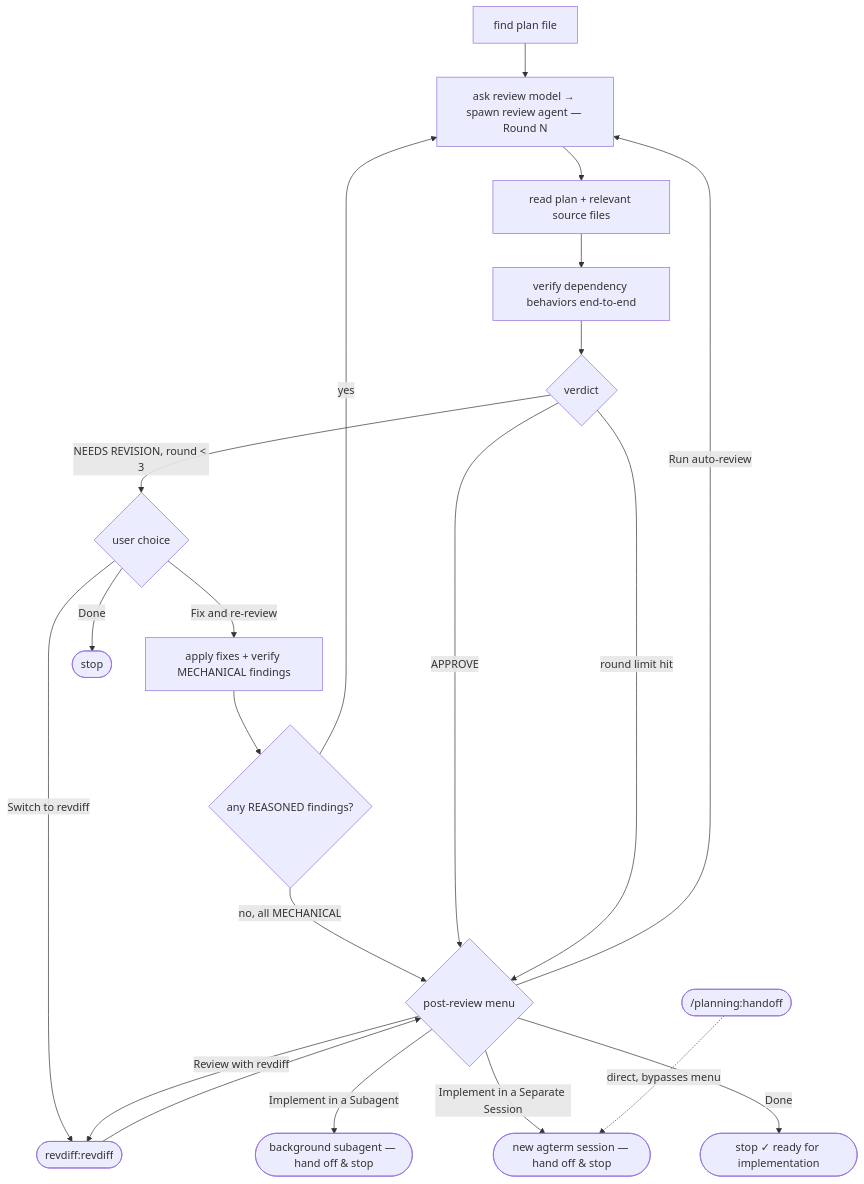
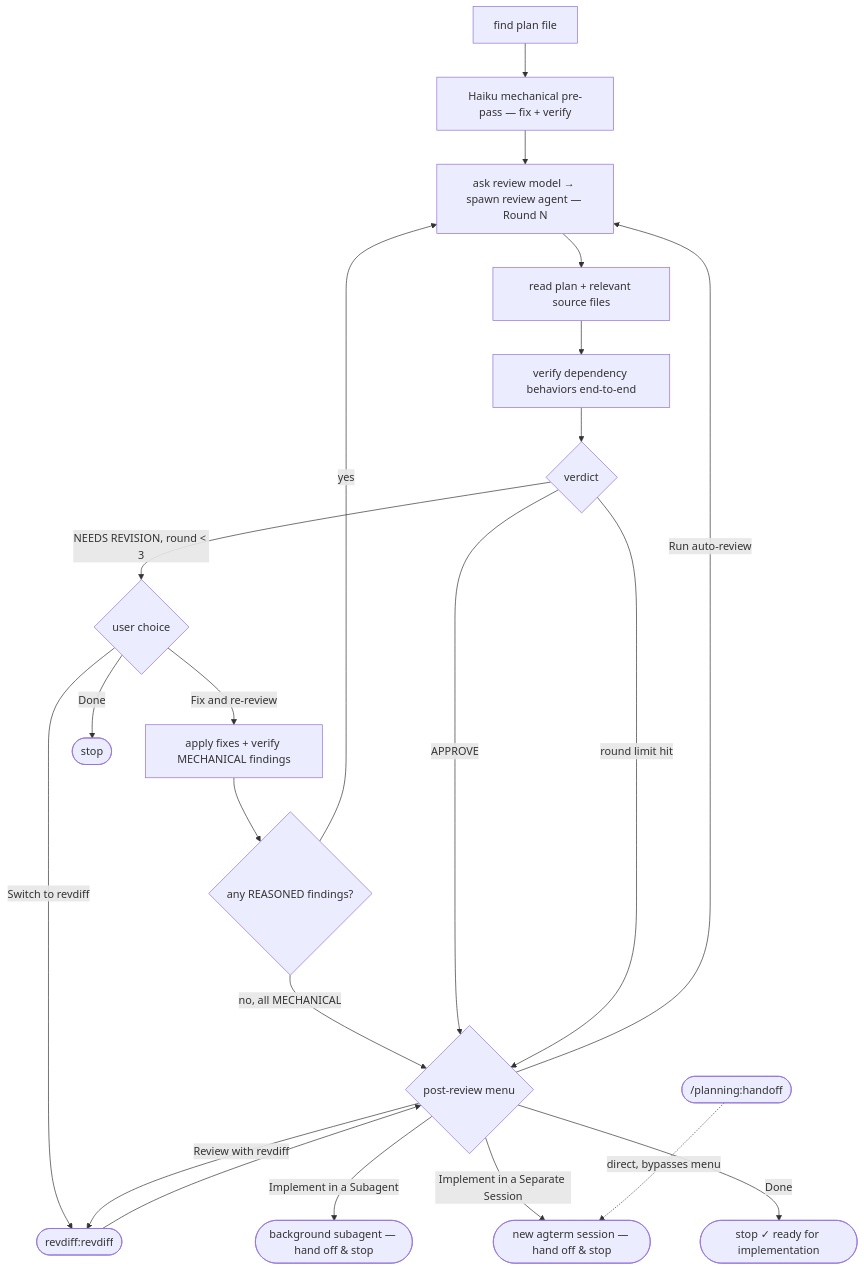
One commit to parMaster/claude-dlc changed the third of 4 diagrams in README.md. Above: the diagram before and after it, drawn with Mermaid. The commit also changed other lines of this file and 8 other files, not shown here.

````diff
--- a/README.md
+++ b/README.md
@@ -117,23 +117,24 @@
 ```mermaid
 flowchart TD
-    A["find plan file"] --> B["ask review model → spawn review agent — Round N"]
+    A["find plan file"] --> A2["Haiku mechanical pre-pass — fix + verify"]
+    A2 --> B["ask review model → spawn review agent — Round N"]
     B --> C["read plan + relevant source files"]
     C --> D["verify dependency behaviors end-to-end"]
     D --> E{"verdict"}
     E -->|"NEEDS REVISION, round < 3"| G{"user choice"}
     G -->|"Fix and re-review"| H["apply fixes + verify MECHANICAL findings"]
     H --> H2{"any REASONED findings?"}
     H2 -->|yes| B
     H2 -->|"no, all MECHANICAL"| M
     G -->|"Switch to revdiff"| RD(["revdiff:revdiff"])
     G -->|Done| STOP(["stop"])
     E -->|APPROVE| M{"post-review menu"}
     E -->|"round limit hit"| M
     M -->|"Run auto-review"| B
     M -->|"Review with revdiff"| RD
     RD --> M
     M -->|"Implement in a Subagent"| SUB(["background subagent — hand off & stop"])
     M -->|"Implement in a Separate Session"| SESS(["new agterm session — hand off & stop"])
     M -->|Done| STOP2(["stop ✓ ready for implementation"])
     EXT(["/planning:handoff"]) -.->|direct, bypasses menu| SESS
 ```
````
